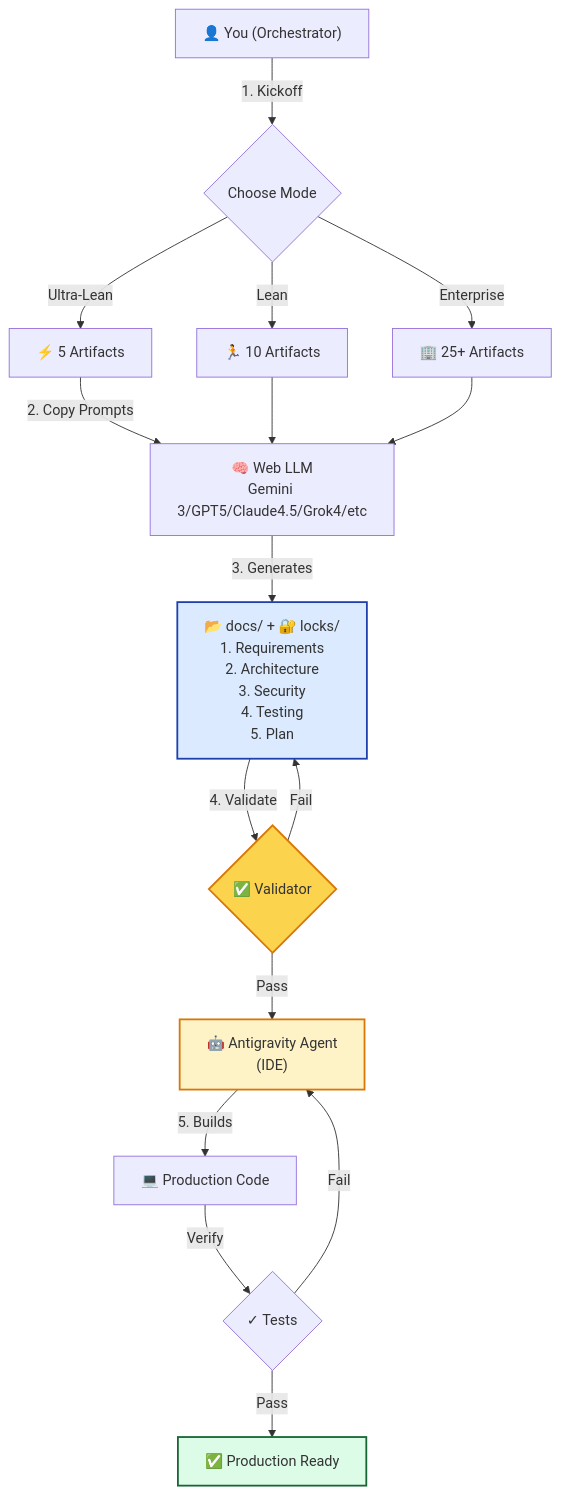
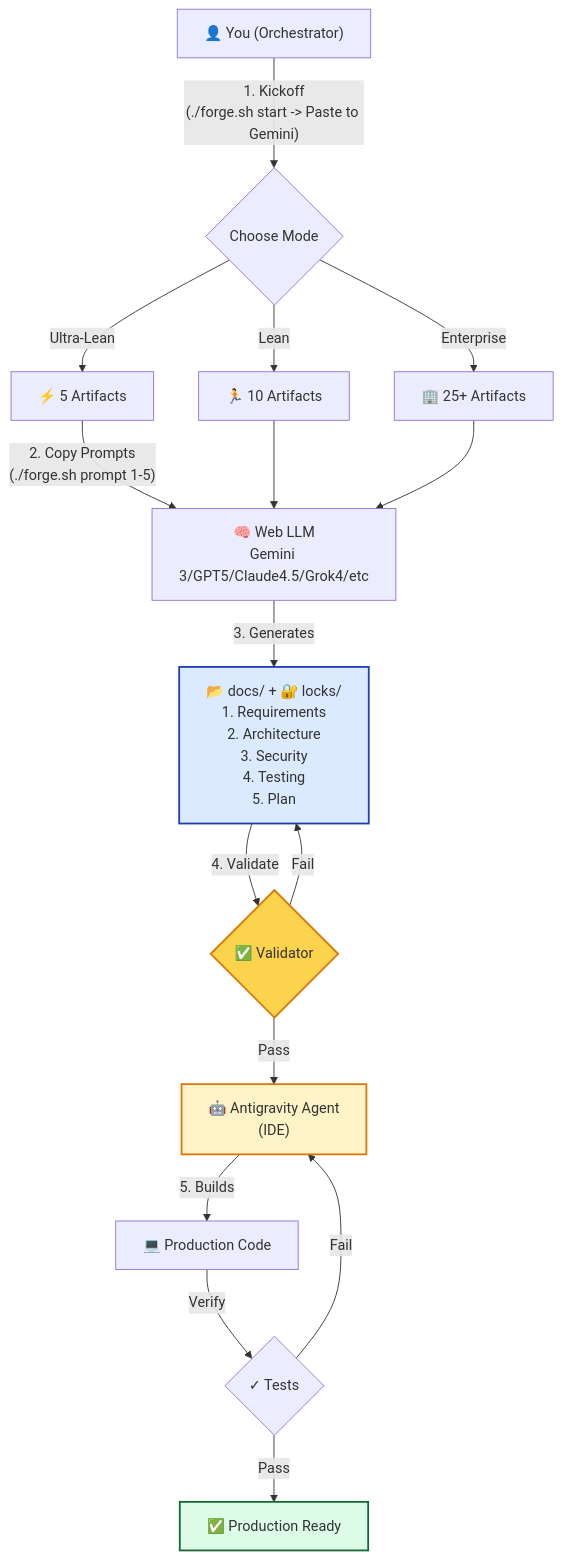
Before and after one commit to richfrem/quantum-diamond-forge: the diagram in diagrams/high_level_flow(2.2).mermaid, drawn with Mermaid.

Commit message:
docs: clarify CLI commands in high level flow diagram

```diff
--- a/diagrams/high_level_flow(2.2).mermaid
+++ b/diagrams/high_level_flow(2.2).mermaid
@@ -1,21 +1,21 @@
 flowchart TB
-    User["👤 You (Orchestrator)"] -- "1. Kickoff" --> Mode{"Choose Mode"}
+    User["👤 You (Orchestrator)"] -- "1. Kickoff<br/>(./forge.sh start -> Paste to Gemini)" --> Mode{"Choose Mode"}
     Mode -- "Ultra-Lean" --> Ultra["⚡ 5 Artifacts"]
     Mode -- Lean --> Lean["🏃 10 Artifacts"]
     Mode -- Enterprise --> Ent["🏢 25+ Artifacts"]
-    Ultra -- "2. Copy Prompts" --> WebAI["🧠 Web LLM<br>Gemini 3/GPT5/Claude4.5/Grok4/etc"]
+    Ultra -- "2. Copy Prompts<br/>(./forge.sh prompt 1-5)" --> WebAI["🧠 Web LLM<br>Gemini 3/GPT5/Claude4.5/Grok4/etc"]
     Lean --> WebAI
     Ent --> WebAI
     WebAI -- "3. Generates" --> Docs["📂 docs/ + 🔐 locks/<br>1. Requirements<br>2. Architecture<br>3. Security<br>4. Testing<br>5. Plan"]
     Docs -- "4. Validate" --> Gate{"✅ Validator"}
     Gate -- Pass --> Agent["🤖 Antigravity Agent<br>(IDE)"]
     Gate -- Fail --> Docs
     Agent -- "5. Builds" --> Code["💻 Production Code"]
     Code -- Verify --> Tests{"✓ Tests"}
     Tests -- Pass --> Done["✅ Production Ready"]
     Tests -- Fail --> Agent
 
     style Docs fill:#dbeafe,stroke:#1e40af,stroke-width:2px
     style Gate fill:#fcd34d,stroke:#d97706,stroke-width:2px
     style Agent fill:#fef3c7,stroke:#d97706,stroke-width:2px
     style Done fill:#dcfce7,stroke:#166534,stroke-width:2px
```
